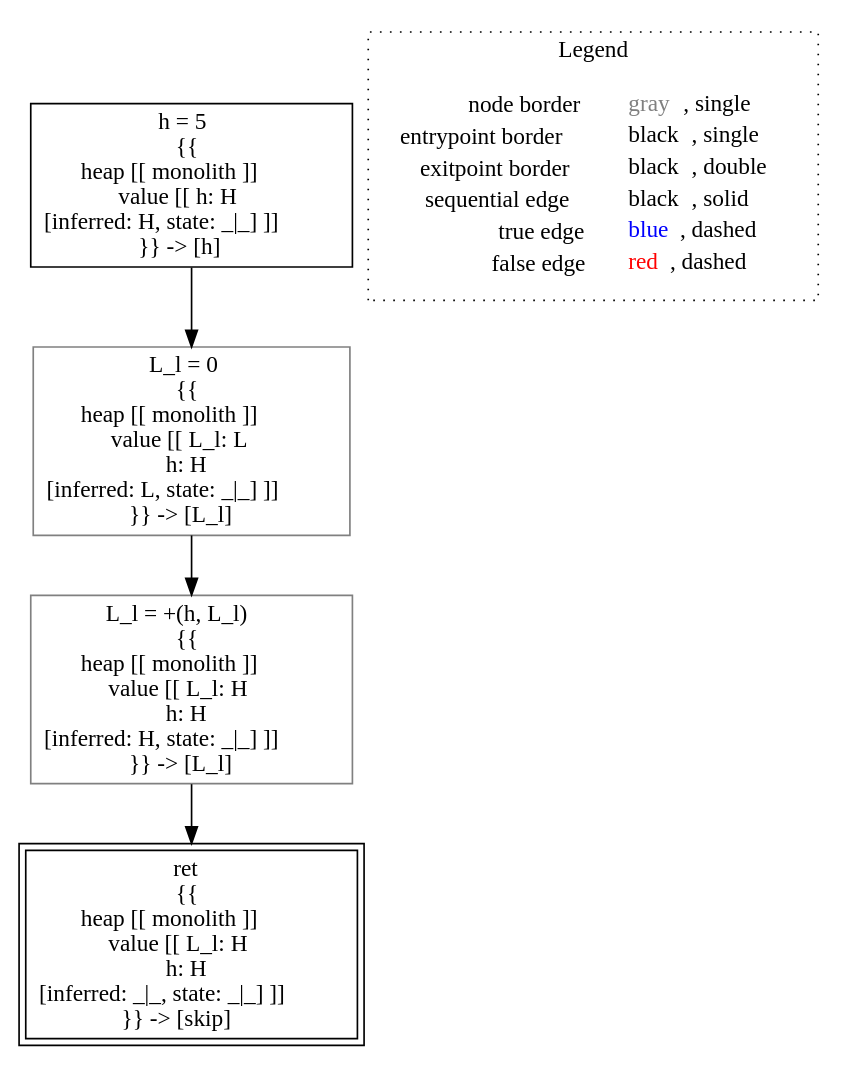
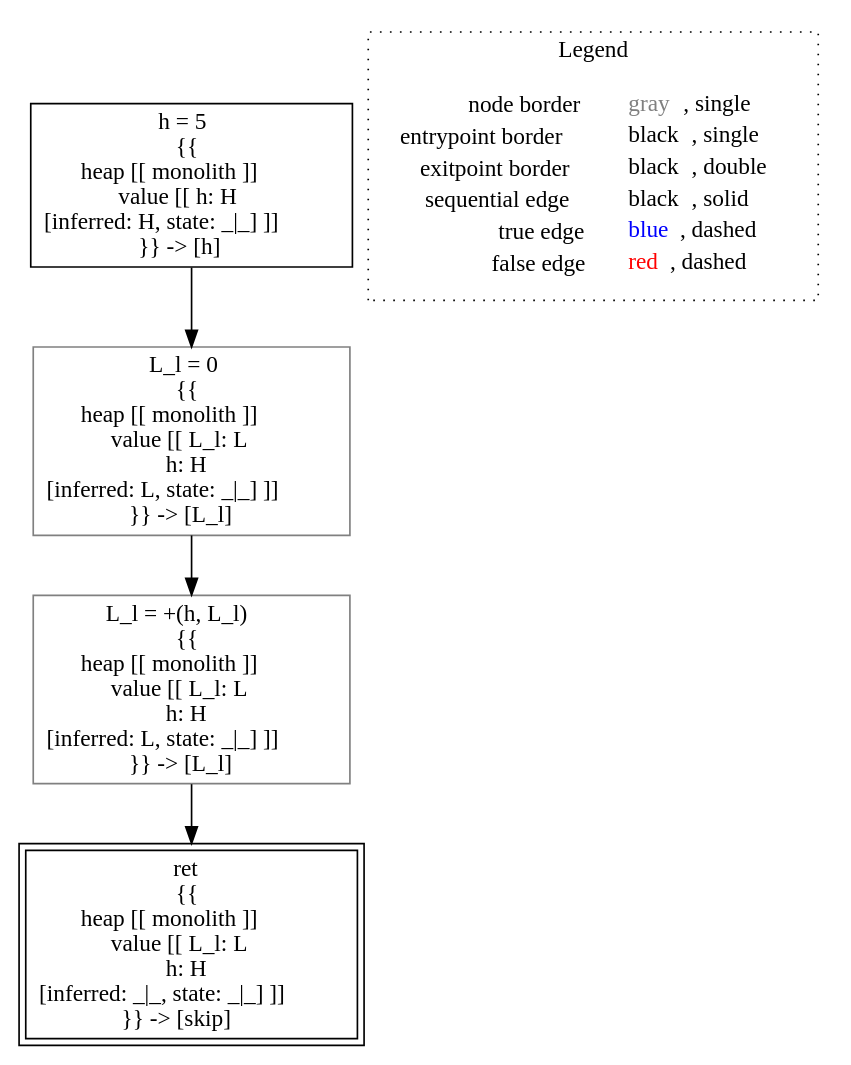
Before and after one commit to lisa-analyzer/lisa: the diagram in lisa/imp-testcases/non-interference/type-system/analysis___untyped_Test.lecture_17(Test_this).dot, drawn with Graphviz. The commit also changed 12 other files, not shown here.

```diff
--- a/lisa/imp-testcases/non-interference/type-system/analysis___untyped_Test.lecture_17(Test_this).dot
+++ b/lisa/imp-testcases/non-interference/type-system/analysis___untyped_Test.lecture_17(Test_this).dot
@@ -1,16 +1,16 @@
 digraph {
 	"node0" [shape="rect",color="black",label=<h = 5<BR/>{{<BR/>heap [[ monolith ]]<BR/>value [[ h: H<BR/>[inferred: H, state: _|_] ]]<BR/>}} -&gt; [h]>];
-	"node1" [shape="rect",color="black",peripheries="2",label=<ret<BR/>{{<BR/>heap [[ monolith ]]<BR/>value [[ L_l: H<BR/>h: H<BR/>[inferred: _|_, state: _|_] ]]<BR/>}} -&gt; [skip]>];
-	"node2" [shape="rect",color="gray",label=<L_l = +(h, L_l)<BR/>{{<BR/>heap [[ monolith ]]<BR/>value [[ L_l: H<BR/>h: H<BR/>[inferred: H, state: _|_] ]]<BR/>}} -&gt; [L_l]>];
-	"node3" [shape="rect",color="gray",label=<L_l = 0<BR/>{{<BR/>heap [[ monolith ]]<BR/>value [[ L_l: L<BR/>h: H<BR/>[inferred: L, state: _|_] ]]<BR/>}} -&gt; [L_l]>];
-	"node0" -> "node3" [color="black"];
-	"node2" -> "node1" [color="black"];
-	"node3" -> "node2" [color="black"];
+	"node1" [shape="rect",color="gray",label=<L_l = 0<BR/>{{<BR/>heap [[ monolith ]]<BR/>value [[ L_l: L<BR/>h: H<BR/>[inferred: L, state: _|_] ]]<BR/>}} -&gt; [L_l]>];
+	"node2" [shape="rect",color="gray",label=<L_l = +(h, L_l)<BR/>{{<BR/>heap [[ monolith ]]<BR/>value [[ L_l: L<BR/>h: H<BR/>[inferred: L, state: _|_] ]]<BR/>}} -&gt; [L_l]>];
+	"node3" [shape="rect",color="black",peripheries="2",label=<ret<BR/>{{<BR/>heap [[ monolith ]]<BR/>value [[ L_l: L<BR/>h: H<BR/>[inferred: _|_, state: _|_] ]]<BR/>}} -&gt; [skip]>];
+	"node1" -> "node2" [color="black"];
+	"node2" -> "node3" [color="black"];
+	"node0" -> "node1" [color="black"];
 subgraph cluster_legend {
 	label="Legend";
 	style=dotted;
 	node [shape=plaintext];
 	"legend" [label=<<table border="0" cellpadding="2" cellspacing="0" cellborder="0"><tr><td align="right">node border&nbsp;</td><td align="left"><font color="gray">gray</font>, single</td></tr><tr><td align="right">entrypoint border&nbsp;</td><td align="left"><font color="black">black</font>, single</td></tr><tr><td align="right">exitpoint border&nbsp;</td><td align="left"><font color="black">black</font>, double</td></tr><tr><td align="right">sequential edge&nbsp;</td><td align="left"><font color="black">black</font>, solid</td></tr><tr><td align="right">true edge&nbsp;</td><td align="left"><font color="blue">blue</font>, dashed</td></tr><tr><td align="right">false edge&nbsp;</td><td align="left"><font color="red">red</font>, dashed</td></tr></table>>];
 }
 
 }
```
